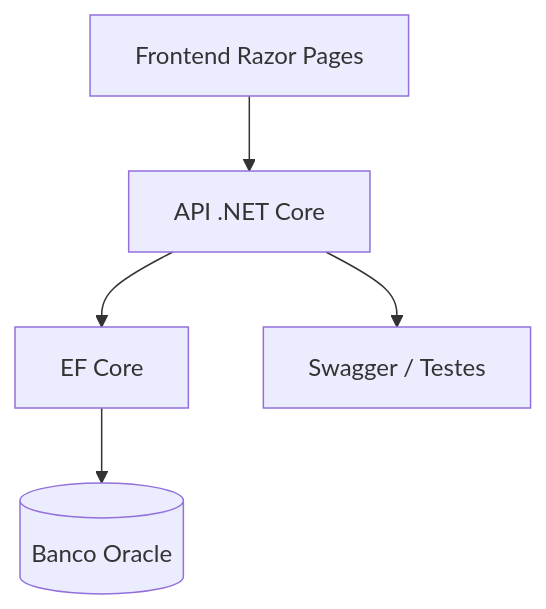
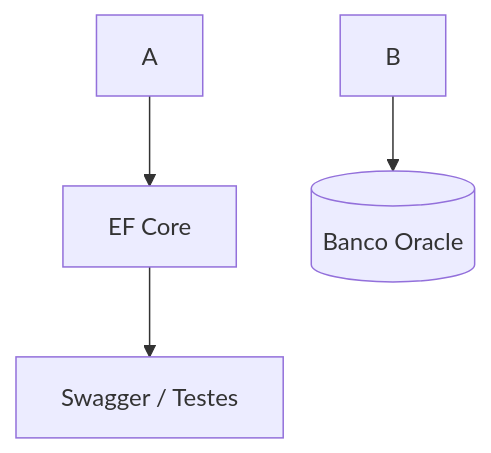
One commit to mlunahodov/hidrosafe-api-dotnet changed the diagram in README.md. Above: the diagram before and after it, drawn with Mermaid.

Commit message:
Adicionando README

````diff
--- a/README.md
+++ b/README.md
@@ -23,7 +23,6 @@
 ```mermaid
 graph TD
-    A[Frontend Razor Pages] --> B[API .NET Core]
-    B --> C[EF Core]
-    C --> D[(Banco Oracle)]
-    B --> E[Swagger / Testes]
+    A --> C[EF Core]
+    B --> D[(Banco Oracle)]
+    C --> E[Swagger / Testes]
 ```
````
